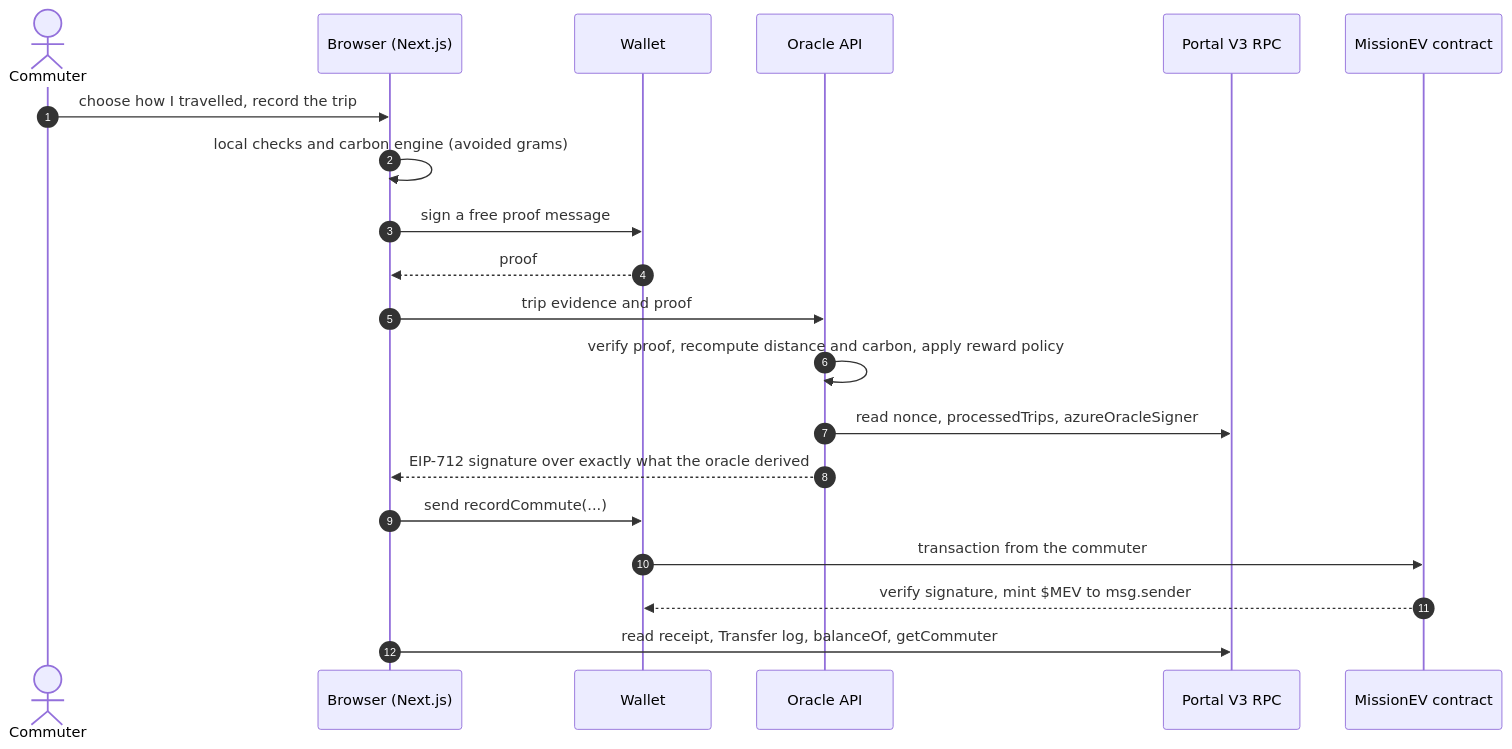
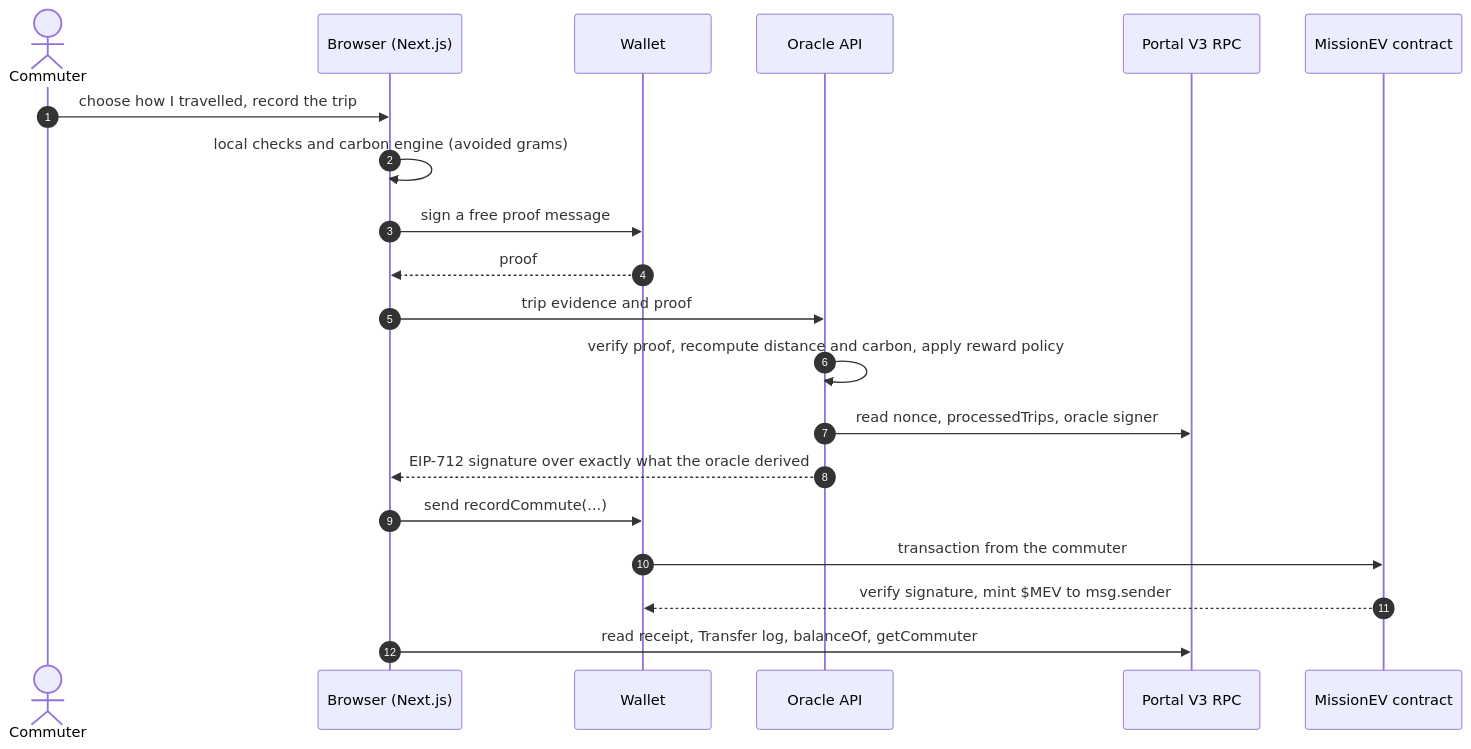
One commit to ManavNegi2807/missionev-app changed the diagram in README.md. Above: the diagram before and after it, drawn with Mermaid. The commit also changed other lines of this file and 51 other files, not shown here.

````diff
--- a/README.md
+++ b/README.md
@@ -51,22 +51,22 @@
 ```mermaid
 sequenceDiagram
   autonumber
   actor C as Commuter
   participant B as Browser (Next.js)
   participant W as Wallet
   participant O as Oracle API
   participant R as Portal V3 RPC
   participant M as MissionEV contract
   C->>B: choose how I travelled, record the trip
   B->>B: local checks and carbon engine (avoided grams)
   B->>W: sign a free proof message
   W-->>B: proof
   B->>O: trip evidence and proof
   O->>O: verify proof, recompute distance and carbon, apply reward policy
-  O->>R: read nonce, processedTrips, azureOracleSigner
+  O->>R: read nonce, processedTrips, oracle signer
   O-->>B: EIP-712 signature over exactly what the oracle derived
   B->>W: send recordCommute(...)
   W->>M: transaction from the commuter
   M-->>W: verify signature, mint $MEV to msg.sender
   B->>R: read receipt, Transfer log, balanceOf, getCommuter
 ```
````
